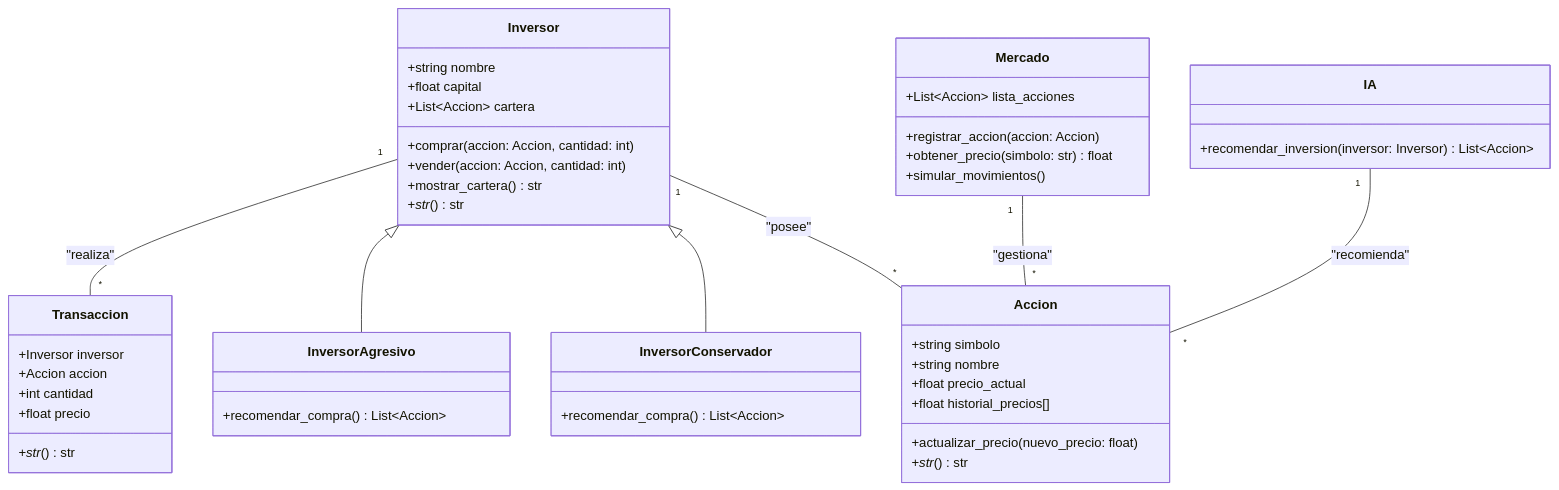
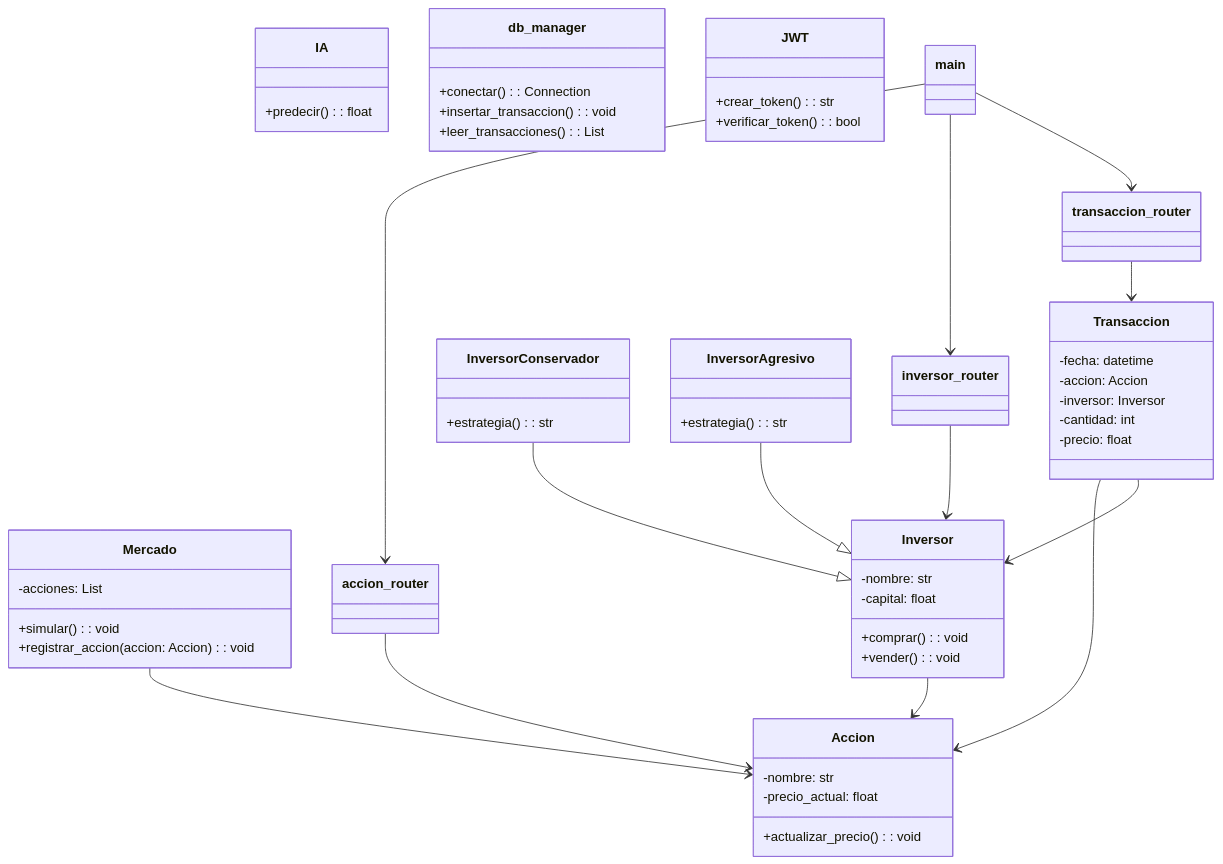
Before and after one commit to NikolasKaplan1/prog2-25-C2: the diagram in README.md, drawn with Mermaid.

````diff
--- a/README.md
+++ b/README.md
@@ -38,55 +38,81 @@
 ```mermaid
 classDiagram
-    class Inversor {
-        +string nombre
-        +float capital
-        +List~Accion~ cartera
-        +comprar(accion: Accion, cantidad: int)
-        +vender(accion: Accion, cantidad: int)
-        +mostrar_cartera() str
-        +_str_() str
-    }
-    
-    class Accion {
-        +string simbolo
-        +string nombre
-        +float precio_actual
-        +float historial_precios[]
-        +actualizar_precio(nuevo_precio: float)
-        +_str_() str
-    }
-    
-    class Mercado {
-        +List~Accion~ lista_acciones
-        +registrar_accion(accion: Accion)
-        +obtener_precio(simbolo: str) float
-        +simular_movimientos()
-    }
-    
-    class Transaccion {
-        +Inversor inversor
-        +Accion accion
-        +int cantidad
-        +float precio
-        +_str_() str
-    }
-    
-    class IA {
-        +recomendar_inversion(inversor: Inversor) List~Accion~
-    }
-    
-    class InversorConservador {
-        +recomendar_compra() List~Accion~
-    }
-    
-    class InversorAgresivo {
-        +recomendar_compra() List~Accion~
-    }
-    
-    Inversor <|-- InversorConservador
-    Inversor <|-- InversorAgresivo
-    Inversor "1" -- "*" Accion : "posee"
-    Inversor "1" -- "*" Transaccion : "realiza"
-    Mercado "1" -- "*" Accion : "gestiona"
-    IA "1" -- "*" Accion : "recomienda"
+
+%% Módulo: models
+class Accion {
+  -nombre: str
+  -precio_actual: float
+  +actualizar_precio(): void
+}
+
+class Mercado {
+  -acciones: List<Accion>
+  +simular(): void
+  +registrar_accion(accion: Accion): void
+}
+
+class Inversor {
+  -nombre: str
+  -capital: float
+  +comprar(): void
+  +vender(): void
+}
+
+class Transaccion {
+  -fecha: datetime
+  -accion: Accion
+  -inversor: Inversor
+  -cantidad: int
+  -precio: float
+}
+
+%% Módulo: estrategias
+class InversorConservador {
+  +estrategia(): str
+}
+
+class InversorAgresivo {
+  +estrategia(): str
+}
+
+class IA {
+  +predecir(): float
+}
+
+%% Relaciones de herencia
+InversorConservador --|> Inversor
+InversorAgresivo --|> Inversor
+
+%% Relaciones de asociación
+Transaccion --> Accion
+Transaccion --> Inversor
+Mercado --> Accion
+Inversor --> Accion
+
+%% Módulo: database
+class db_manager {
+  +conectar(): Connection
+  +insertar_transaccion(): void
+  +leer_transacciones(): List<Transaccion>
+}
+
+%% Módulo: auth
+class JWT {
+  +crear_token(): str
+  +verificar_token(): bool
+}
+
+%% Módulo: routers
+class accion_router
+class inversor_router
+class transaccion_router
+
+%% Controladores y enrutadores
+main --> accion_router
+main --> inversor_router
+main --> transaccion_router
+accion_router --> Accion
+inversor_router --> Inversor
+transaccion_router --> Transaccion
+
 ```
````
